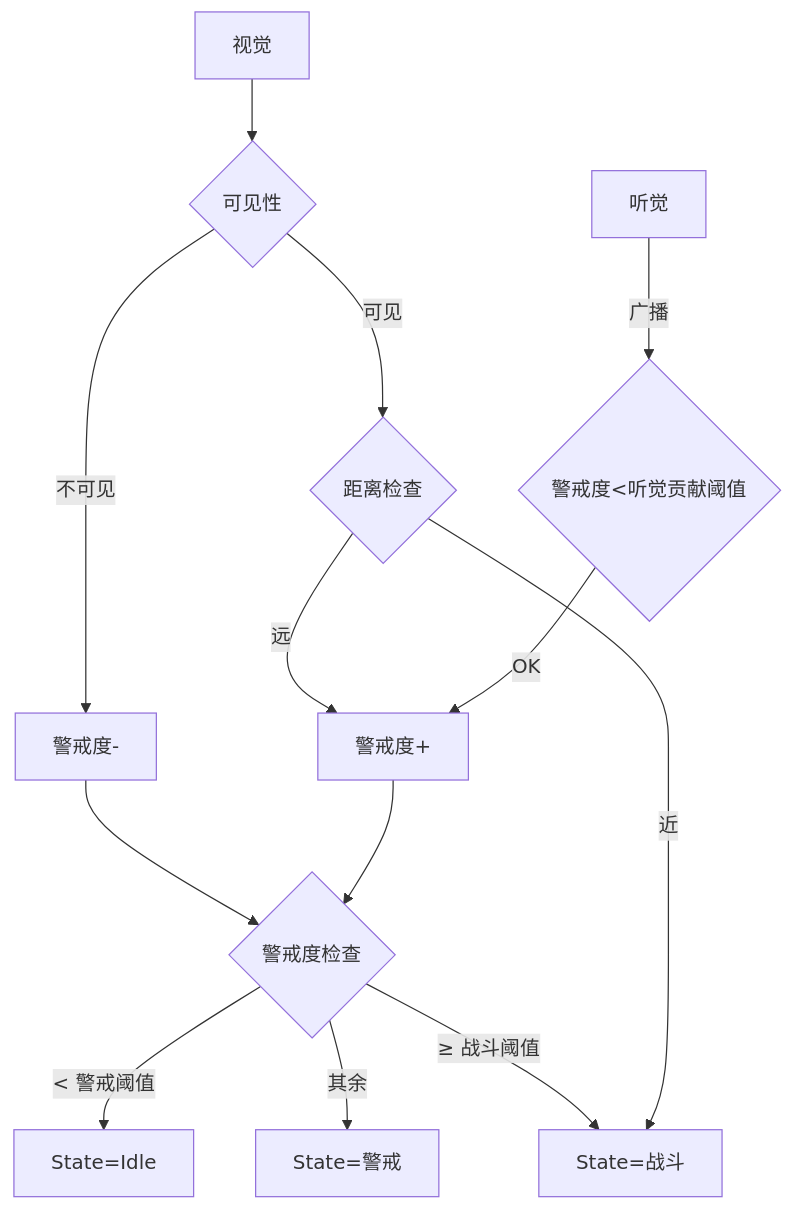
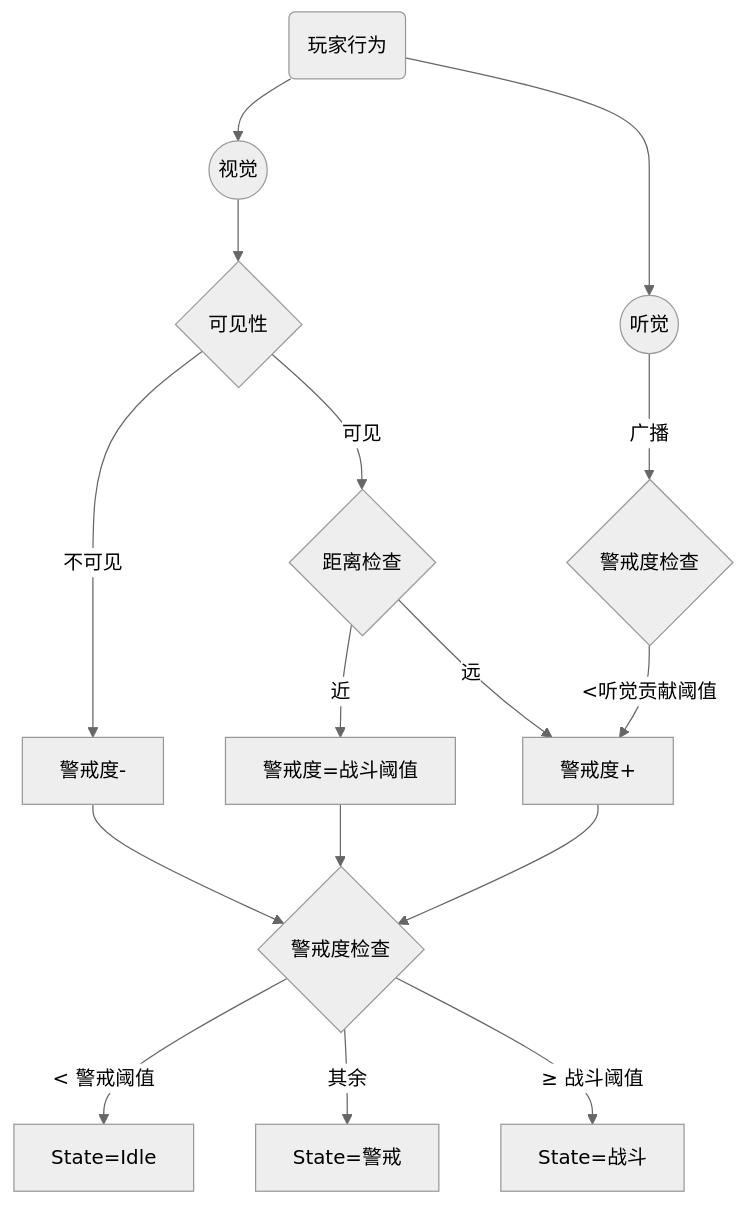
The first of 3 diagrams in _posts/2025-10-10-塞尔达传说：王国之泪游戏设计分析.md (n-sym/n-sym.github.io), drawn with Mermaid before and after one commit. The commit also changed other lines of this file and 8 other files, not shown here.

````diff
--- a/_posts/2025-10-10-塞尔达传说：王国之泪游戏设计分析.md
+++ b/_posts/2025-10-10-塞尔达传说：王国之泪游戏设计分析.md
@@ -228,25 +248,29 @@
 ```mermaid
+%%{init: {'theme': 'neutral'}}%%
 flowchart TD
-    A[视觉]
-    B[听觉]
+	ACT(玩家行为)
+    A((视觉))
+    B((听觉))
     C{可见性}
     INCR[警戒度+]
     DECR[警戒度-]
-    CHKTH{"警戒度<听觉贡献阈值"}
+    SET[警戒度=战斗阈值]
+    CHKTH{"警戒度检查"}
     CDIST{距离检查}
     CHECK{警戒度检查}
     D[State=警戒]
     E[State=战斗]
     IDLE[State=Idle]
+    ACT --> A & B
     A --> C
     B -->|广播| CHKTH
-    CHKTH -->|OK| INCR
+    CHKTH -->|"<听觉贡献阈值"| INCR
     C -->|不可见| DECR
     C -->|可见| CDIST
-    CDIST -->|近| E
+    CDIST -->|近| SET
     CDIST -->|远| INCR
-    INCR & DECR --> CHECK
+    INCR & DECR & SET --> CHECK
     CHECK -->|"< 警戒阈值"| IDLE
     CHECK -->|其余| D
     CHECK -->|"≥ 战斗阈值"| E
 ```
````
